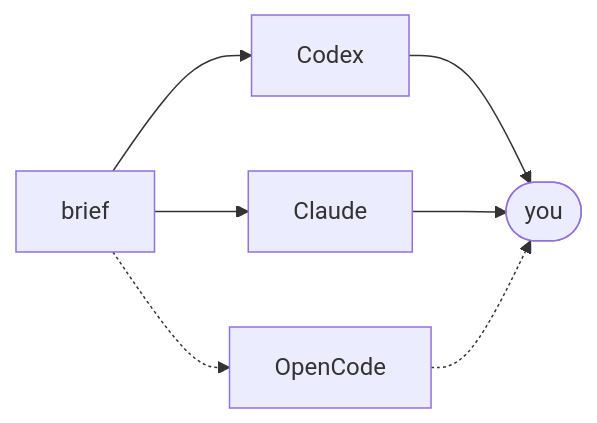
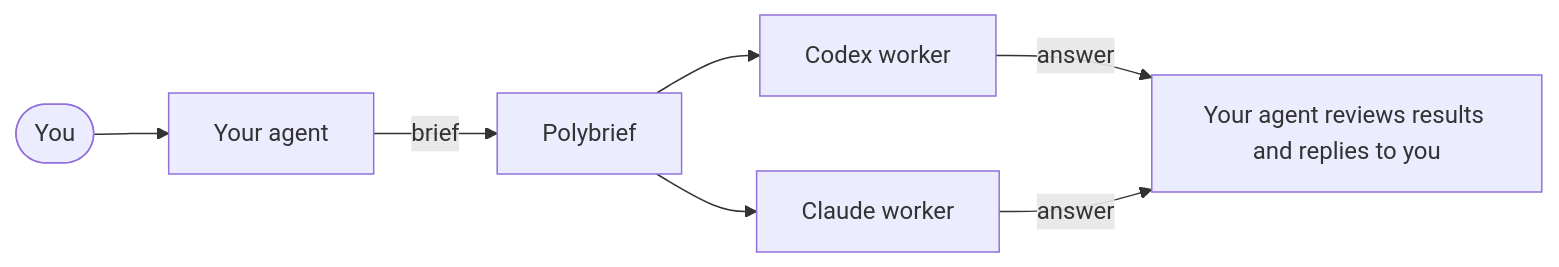
The first of 4 diagrams in README.md (ivklgn/polybrief), drawn with Mermaid before and after one commit. The commit also changed other lines of this file and 69 other files, not shown here.

````diff
--- a/README.md
+++ b/README.md
@@ -65,7 +84,8 @@
 ```mermaid
 flowchart LR
-  B[brief] --> X[Codex] & C[Claude]
-  B -.-> O[OpenCode]
-  X & C --> Y([you])
-  O -.-> Y
+  U([You]) --> H[Your agent]
+  H -- brief --> P[Polybrief]
+  P --> X[Codex worker] & C[Claude worker]
+  X -- answer --> J[Your agent reviews results and replies to you]
+  C -- answer --> J
 ```
````
